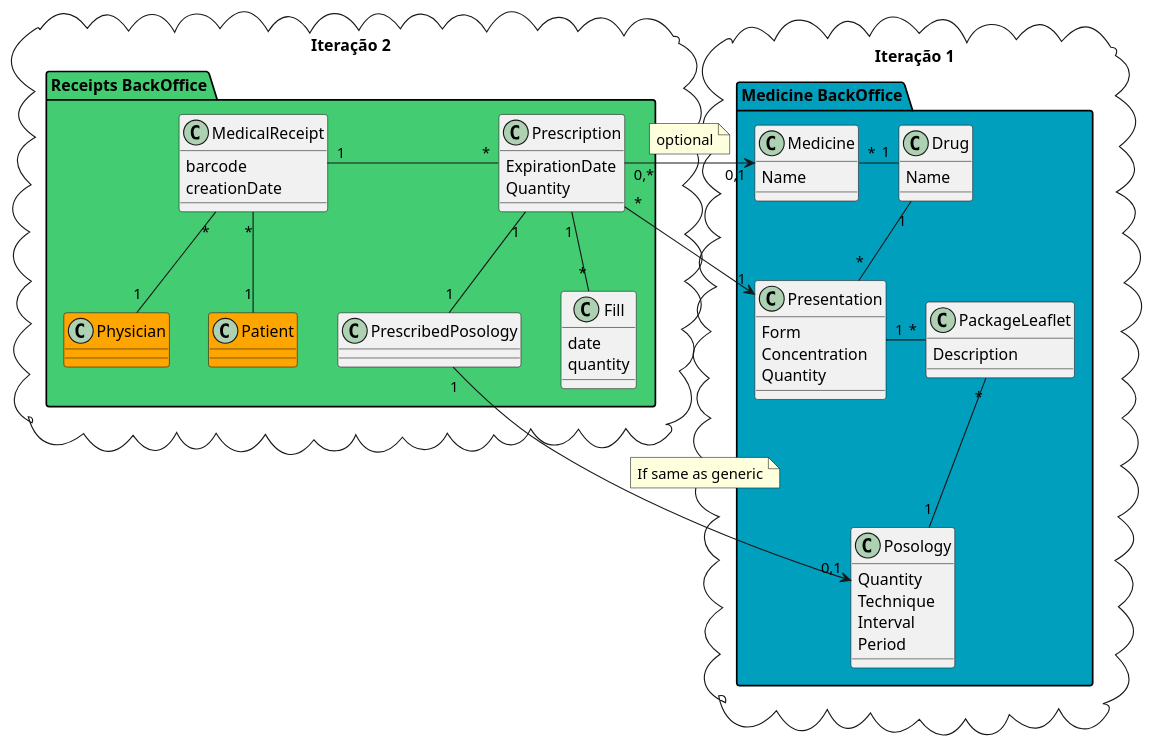
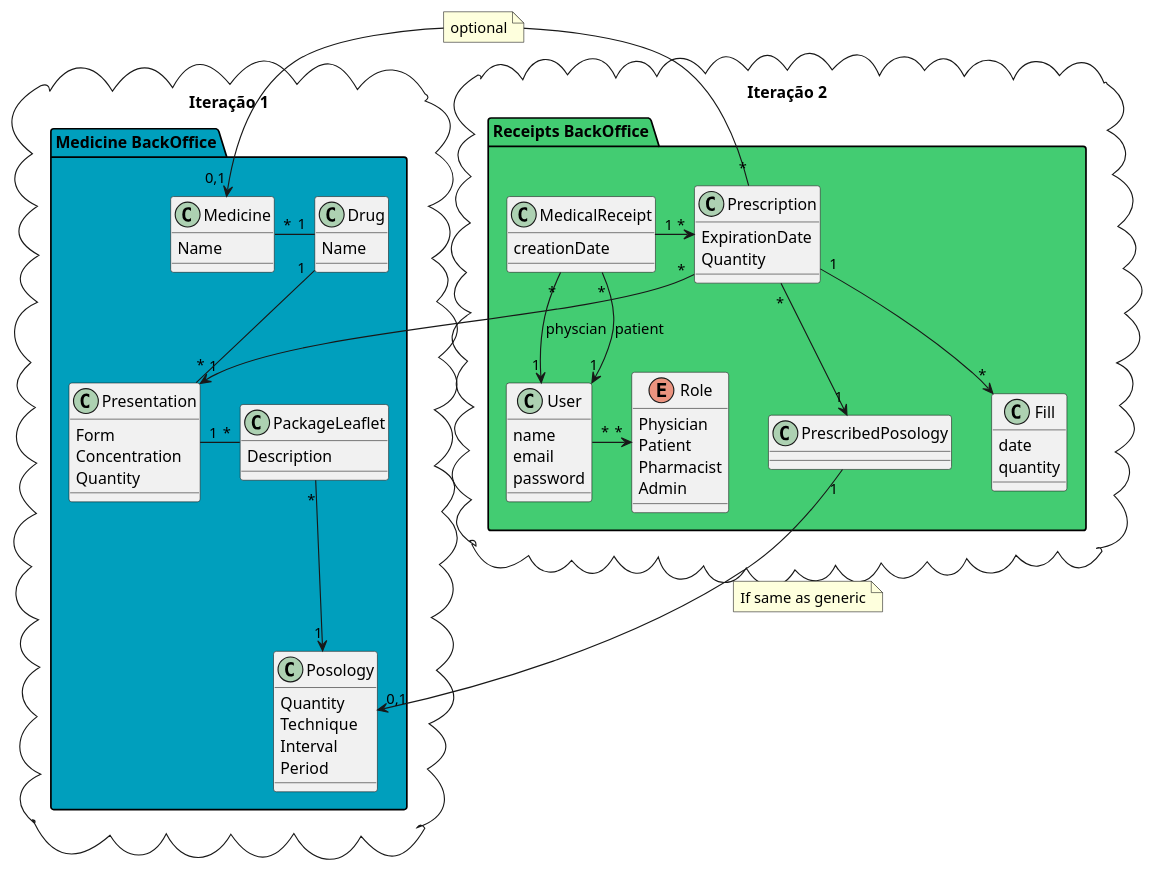
One commit to danieljfgoncalves/arqsi2017-3da-1151159-1151452 changed the diagram in documentation/it2_domain_model.puml. Above: the diagram before and after it, drawn with PlantUML. The commit also changed 5 other files, not shown here.

```diff
--- a/documentation/it2_domain_model.puml
+++ b/documentation/it2_domain_model.puml
@@ -1,71 +1,80 @@
 @startuml "dm_it2_global"
 
 ' ### [ITERAÇÃO 1] ###
 package "Iteração 1" <<cloud>> {
     package "Medicine BackOffice" #009FBD {
 
         class Medicine {
             Name
         }
         class Drug {
             Name
         }
         class Presentation {
             Form
             Concentration
             Quantity
         }
         class Posology {
             Quantity
             Technique
             Interval
             Period
         }
         class PackageLeaflet {
             Description
         }
     }
 }
 
 ' ### [ITERAÇÃO 2] ###
 package "Iteração 2" <<cloud>> {
     package "Receipts BackOffice" #43CC72 {
 
-        class Physician #orange
-        class Patient #orange
+        class User {
+            name
+            email
+            password
+        }
+        enum Role {
+            Physician
+            Patient
+            Pharmacist
+            Admin
+        }
         class Prescription {
             ExpirationDate
             Quantity
         }
         class MedicalReceipt {
-            barcode
             creationDate
         }
         class PrescribedPosology
         class Fill {
             date
             quantity
         }
     }
 }
 
 ' ### [NOTES] ###
 
 ' ### [RELATIONS] ###
-MedicalReceipt "*" -- "1" Physician
-MedicalReceipt "*" -- "1" Patient
-MedicalReceipt "1" - "*" Prescription
+MedicalReceipt "*" --> "1" User : physcian
+MedicalReceipt "*" --> "1" User : patient
+User "*" -> "*" Role
+MedicalReceipt "1" -> "*" Prescription
 Prescription "*" --> "1" Presentation
 Medicine "*" - "1" Drug
 Drug "1" -- "*" Presentation
-Prescription "0,*" -> "0,1" Medicine
+Prescription "*" -> "0,1" Medicine
 note on link: optional
 
-Prescription "1" -- "*" Fill
-Prescription "1" -- "1" PrescribedPosology
+Prescription "1" --> "*" Fill
+Prescription "*" --> "1" PrescribedPosology
 Presentation "1" - "*" PackageLeaflet
-PackageLeaflet "*" -- "1" Posology
+PackageLeaflet "*" --> "1" Posology
 PrescribedPosology "1" --> "0,1" Posology
 note on link : If same as generic
 
 @enduml
```
